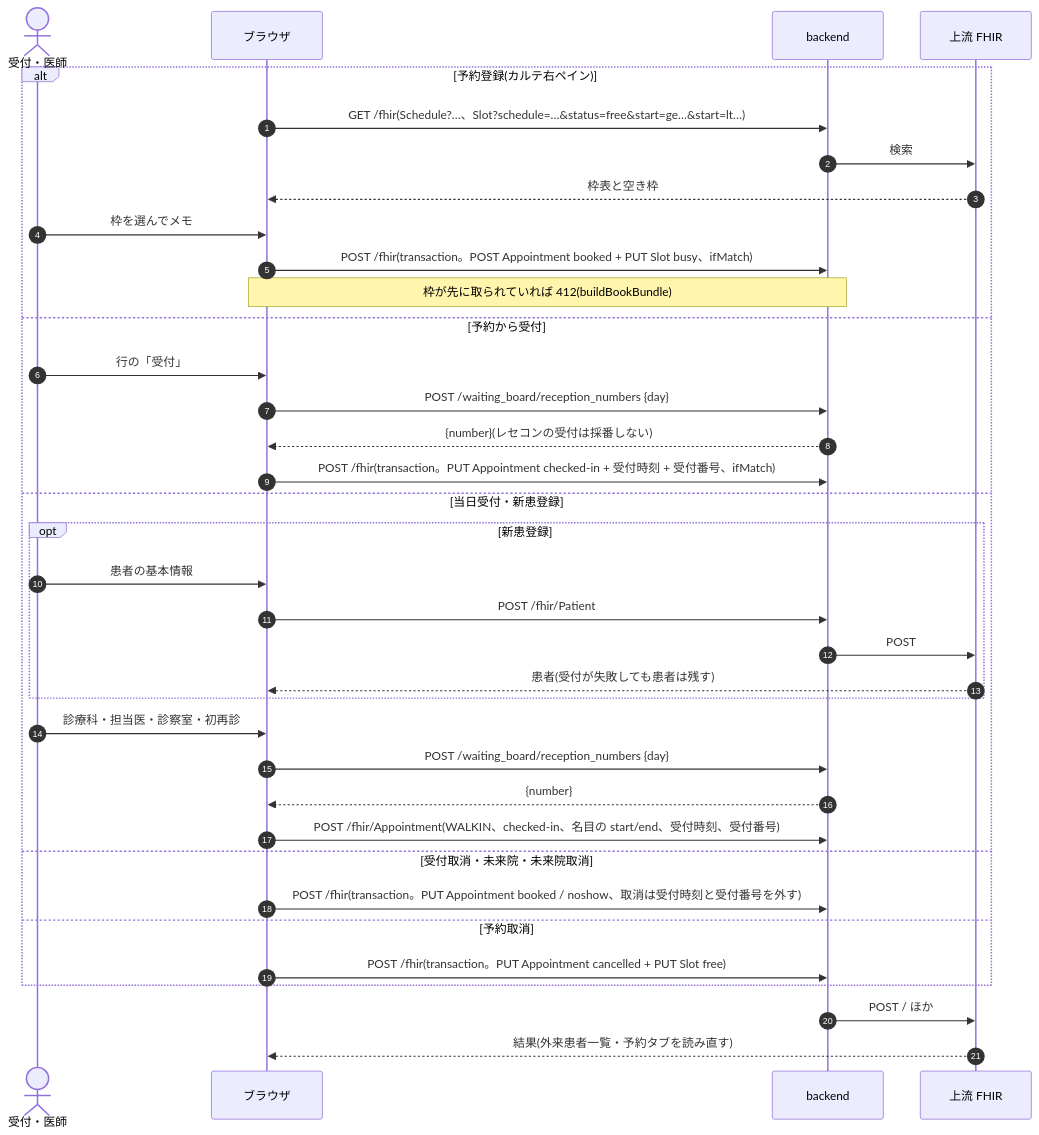
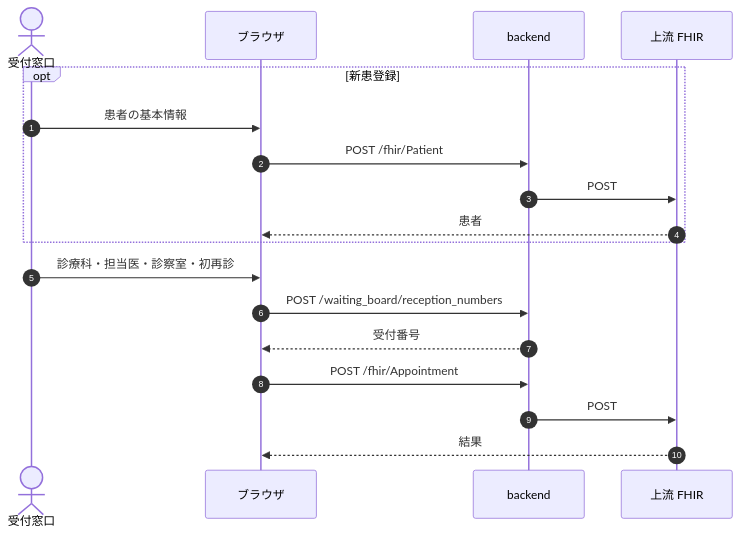
The third of 11 diagrams in docs/dev/outpatient.md (ysnr-dev/fhir-client-docs), drawn with Mermaid before and after one commit. The commit also changed other lines of this file and 43 other files, not shown here.

Commit message:
docs: 業務フローとシーケンス図を写し直し

````diff
--- a/docs/dev/outpatient.md
+++ b/docs/dev/outpatient.md
@@ -62,39 +165,21 @@
 ```mermaid
 sequenceDiagram
   autonumber
-  actor St as 受付・医師
+  actor St as 受付窓口
   participant UI as ブラウザ
   participant BE as backend
   participant FHIR as 上流 FHIR
 
-  alt 予約登録(カルテ右ペイン)
-    UI->>BE: GET /fhir(Schedule?…、Slot?schedule=…&status=free&start=ge…&start=lt…)
-    BE->>FHIR: 検索
-    FHIR-->>UI: 枠表と空き枠
-    St->>UI: 枠を選んでメモ
-    UI->>BE: POST /fhir(transaction。POST Appointment booked + PUT Slot busy、ifMatch)
-    Note over UI,BE: 枠が先に取られていれば 412(buildBookBundle)
-  else 予約から受付
-    St->>UI: 行の「受付」
-    UI->>BE: POST /waiting_board/reception_numbers {day}
-    BE-->>UI: {number}(レセコンの受付は採番しない)
-    UI->>BE: POST /fhir(transaction。PUT Appointment checked-in + 受付時刻 + 受付番号、ifMatch)
-  else 当日受付・新患登録
-    opt 新患登録
-      St->>UI: 患者の基本情報
-      UI->>BE: POST /fhir/Patient
-      BE->>FHIR: POST
-      FHIR-->>UI: 患者(受付が失敗しても患者は残す)
-    end
-    St->>UI: 診療科・担当医・診察室・初再診
-    UI->>BE: POST /waiting_board/reception_numbers {day}
-    BE-->>UI: {number}
-    UI->>BE: POST /fhir/Appointment(WALKIN、checked-in、名目の start/end、受付時刻、受付番号)
-  else 受付取消・未来院・未来院取消
-    UI->>BE: POST /fhir(transaction。PUT Appointment booked / noshow、取消は受付時刻と受付番号を外す)
-  else 予約取消
-    UI->>BE: POST /fhir(transaction。PUT Appointment cancelled + PUT Slot free)
+  opt 新患登録
+    St->>UI: 患者の基本情報
+    UI->>BE: POST /fhir/Patient
+    BE->>FHIR: POST
+    FHIR-->>UI: 患者
   end
-  BE->>FHIR: POST / ほか
-  FHIR-->>UI: 結果(外来患者一覧・予約タブを読み直す)
+  St->>UI: 診療科・担当医・診察室・初再診
+  UI->>BE: POST /waiting_board/reception_numbers
+  BE-->>UI: 受付番号
+  UI->>BE: POST /fhir/Appointment
+  BE->>FHIR: POST
+  FHIR-->>UI: 結果
 ```
````
